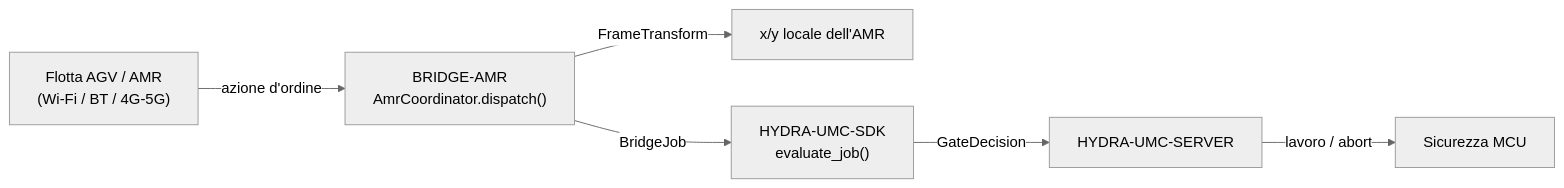
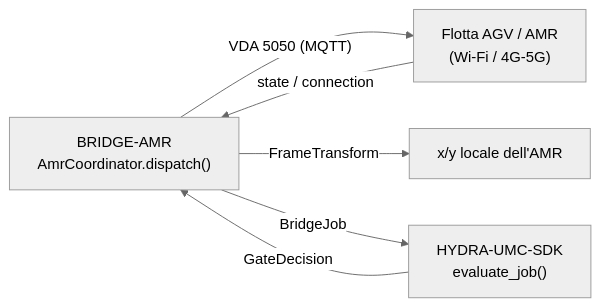
Before and after one commit to JuanenRac/HYDRA-UMC-BRIDGE-AMR: the diagram in README_ita.md, drawn with Mermaid (neutral theme). The commit also changed other lines of this file and 22 other files, not shown here.

Commit message:
Send VDA 5050 action names, give the MQTT client an id and wait for the broker, add the state/connection observer and keep orders valid JSON (0.1.1)

````diff
--- a/README_ita.md
+++ b/README_ita.md
@@ -50,8 +51,8 @@
 ```mermaid
 flowchart LR
-    AMR["Flotta AGV / AMR<br/>(Wi-Fi / BT / 4G-5G)"] -- "azione d'ordine" --> BRIDGE["BRIDGE-AMR<br/>AmrCoordinator.dispatch()"]
+    BRIDGE["BRIDGE-AMR<br/>AmrCoordinator.dispatch()"] -- "VDA 5050 (MQTT)" --> AMR["Flotta AGV / AMR<br/>(Wi-Fi / 4G-5G)"]
+    AMR -- "state / connection" --> BRIDGE
     BRIDGE -- "FrameTransform" --> LOCAL["x/y locale dell'AMR"]
     BRIDGE -- BridgeJob --> SDK["HYDRA-UMC-SDK<br/>evaluate_job()"]
-    SDK -- GateDecision --> SERVER["HYDRA-UMC-SERVER"]
-    SERVER -- "lavoro / abort" --> MCU["Sicurezza MCU"]
+    SDK -- GateDecision --> BRIDGE
 ```
````
